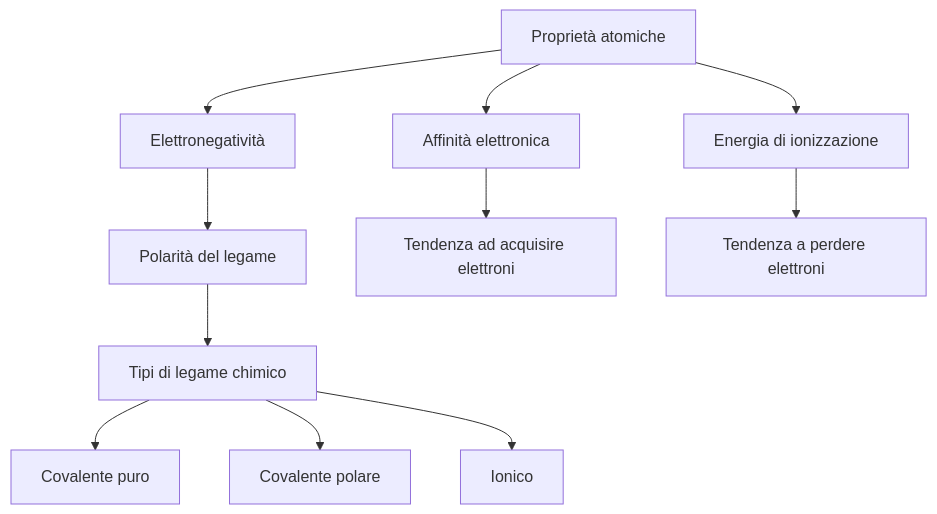
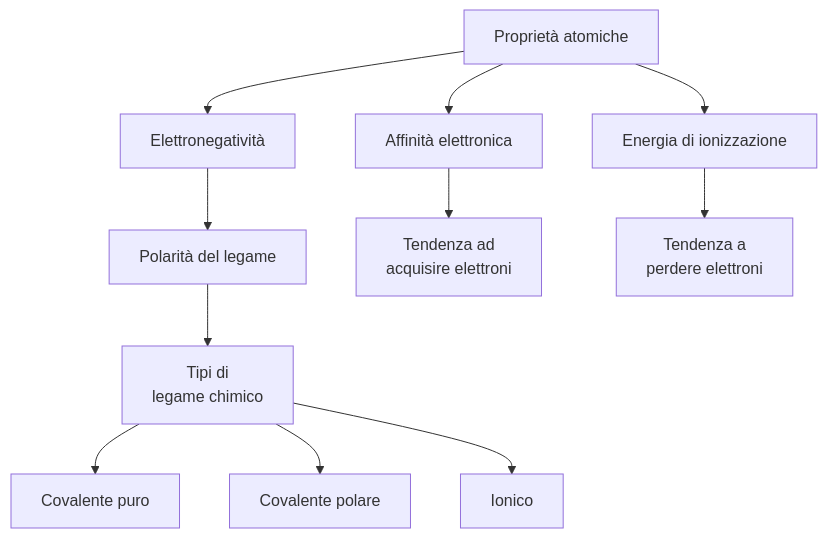
Before and after one commit to didattica/CodeCompendium: the eighth of 8 diagrams in Chimica/05-mappa-concettuale.md, drawn with Mermaid. The commit also changed other lines of this file, not shown here.

````diff
--- a/Chimica/05-mappa-concettuale.md
+++ b/Chimica/05-mappa-concettuale.md
@@ -129,15 +129,15 @@
 ```mermaid
 flowchart TD
     A[Proprietà atomiche] --> B[Elettronegatività]
     A --> C[Affinità elettronica]
     A --> D[Energia di ionizzazione]
 
     B --> E[Polarità del legame]
-    C --> F[Tendenza ad acquisire elettroni]
-    D --> G[Tendenza a perdere elettroni]
+    C --> F[Tendenza ad<br> acquisire elettroni]
+    D --> G[Tendenza a<br> perdere elettroni]
 
-    E --> H[Tipi di legame chimico]
+    E --> H[Tipi di <br>legame chimico]
     H --> I[Covalente puro]
     H --> J[Covalente polare]
     H --> K[Ionico]
 ```
````
